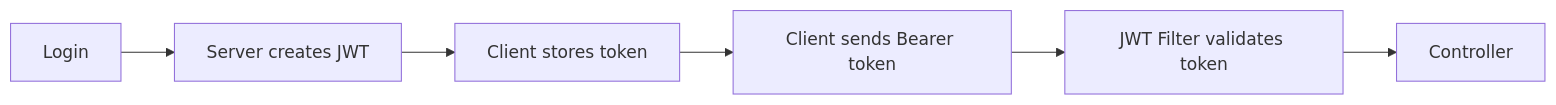
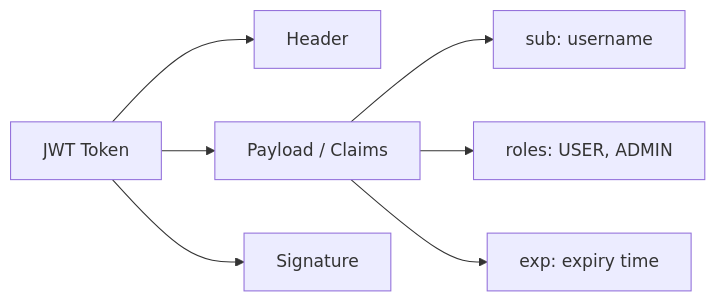
The ninth of 19 diagrams in HLD_NOTES/003_TECHNOLOGY_DEEP_DIVE/spring_boot_auth_authz_visual_reference.md (mthaiseer/springcloud-systemdesign-notes), drawn with Mermaid before and after one commit. The commit also changed other lines of this file and 19 other files, not shown here.

````diff
--- a/HLD_NOTES/003_TECHNOLOGY_DEEP_DIVE/spring_boot_auth_authz_visual_reference.md
+++ b/HLD_NOTES/003_TECHNOLOGY_DEEP_DIVE/spring_boot_auth_authz_visual_reference.md
@@ -317,8 +573,10 @@
 ```mermaid
 flowchart LR
-    A[Login] --> B[Server creates JWT]
-    B --> C[Client stores token]
-    C --> D[Client sends Bearer token]
-    D --> E[JWT Filter validates token]
-    E --> F[Controller]
+    JWT[JWT Token] --> Header[Header]
+    JWT --> Payload[Payload / Claims]
+    JWT --> Signature[Signature]
+
+    Payload --> Sub[sub: username]
+    Payload --> Roles[roles: USER, ADMIN]
+    Payload --> Exp[exp: expiry time]
 ```
````
